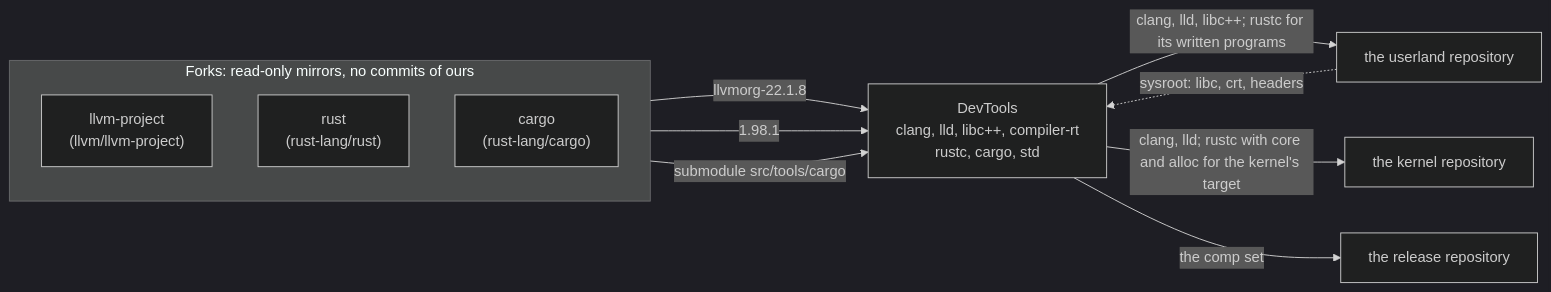
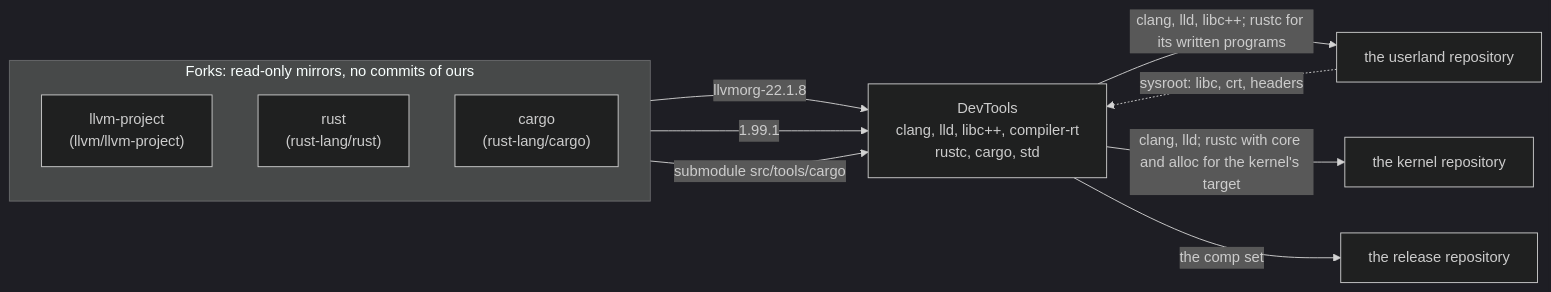
The diagram in docs/TOOLCHAIN.md (EmiBSD/DevTools), drawn with Mermaid (dark theme) before and after one commit. The commit also changed other lines of this file and 6 other files, not shown here.

````diff
--- a/docs/TOOLCHAIN.md
+++ b/docs/TOOLCHAIN.md
@@ -15,21 +15,21 @@
 ```mermaid
 flowchart LR
     subgraph forks["Forks: read-only mirrors, no commits of ours"]
         direction TB
         llvm["llvm-project<br/>(llvm/llvm-project)"]
         rust["rust<br/>(rust-lang/rust)"]
         cargo["cargo<br/>(rust-lang/cargo)"]
     end
     dev["DevTools<br/>clang, lld, libc++, compiler-rt<br/>rustc, cargo, std"]
     ul["the userland repository"]
     k["the kernel repository"]
     os["the release repository"]
 
     llvm -- "llvmorg-22.1.8" --> dev
-    rust -- "1.98.1" --> dev
+    rust -- "1.99.1" --> dev
     cargo -- "submodule src/tools/cargo" --> dev
     dev -- "clang, lld, libc++; rustc for its written programs" --> ul
     dev -- "clang, lld; rustc with core and alloc for the kernel's target" --> k
     dev -- "the comp set" --> os
     ul -. "sysroot: libc, crt, headers" .-> dev
 ```
````
